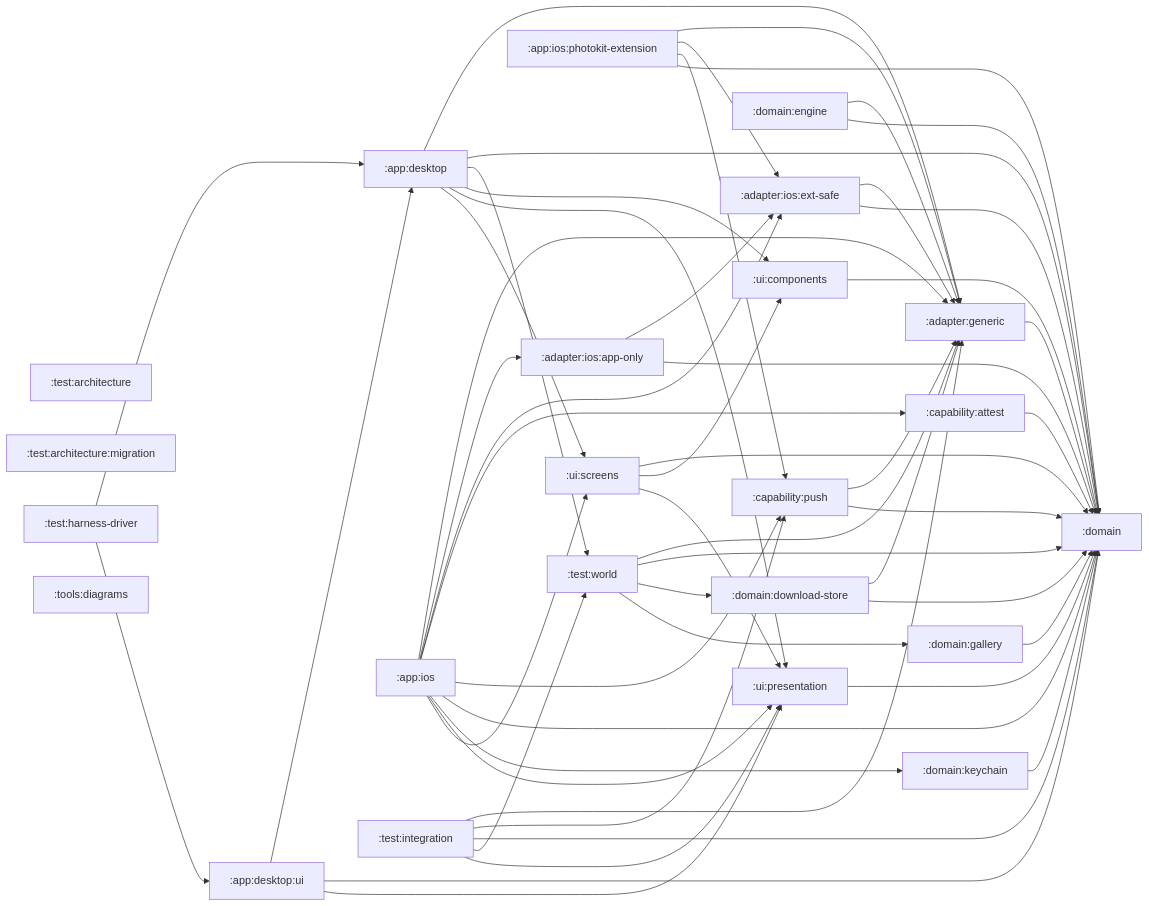
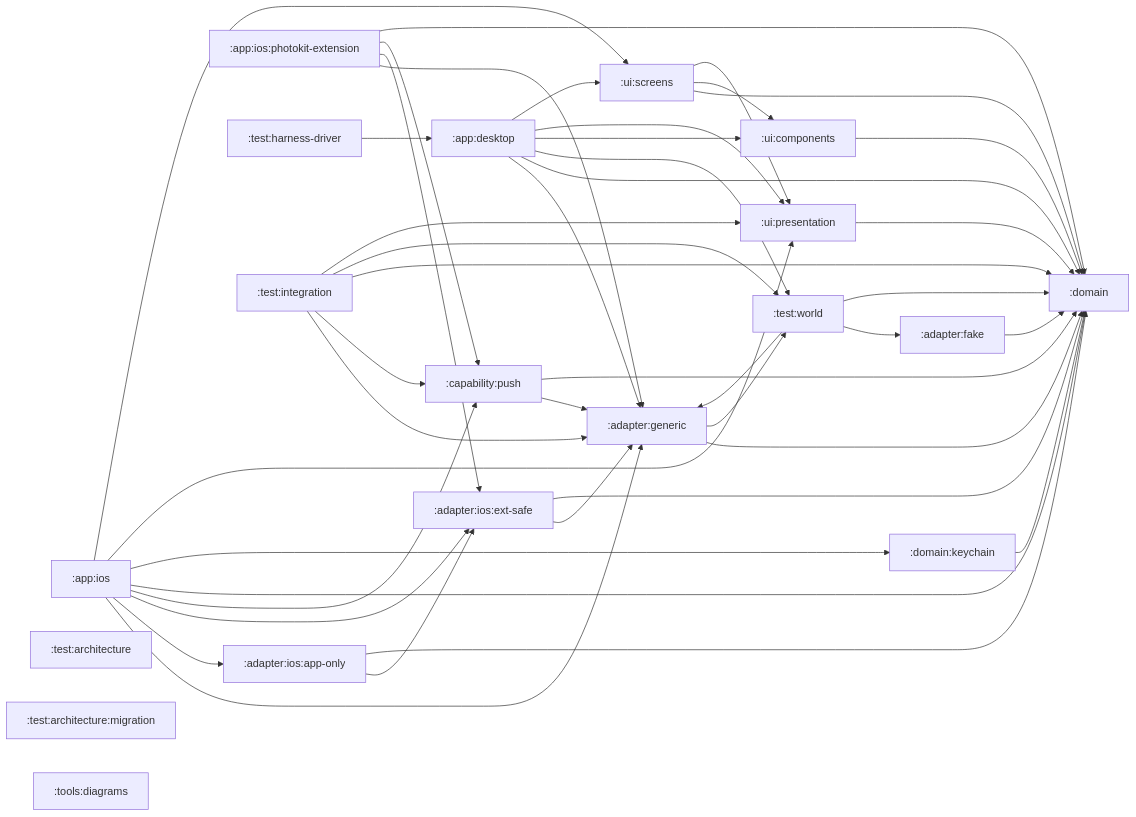
One commit to stefanhoelzl/SnapSync changed the diagram in architecture/modules.md. Above: the diagram before and after it, drawn with Mermaid. The commit also changed 99 other files, not shown here.

````diff
--- a/architecture/modules.md
+++ b/architecture/modules.md
@@ -7,78 +7,64 @@
 ```mermaid
 flowchart LR
+  adapter_fake[":adapter:fake"]
   adapter_generic[":adapter:generic"]
   adapter_ios_app_only[":adapter:ios:app-only"]
   adapter_ios_ext_safe[":adapter:ios:ext-safe"]
   app_desktop[":app:desktop"]
-  app_desktop_ui[":app:desktop:ui"]
   app_ios[":app:ios"]
   app_ios_photokit_extension[":app:ios:photokit-extension"]
-  capability_attest[":capability:attest"]
   capability_push[":capability:push"]
   domain[":domain"]
-  domain_download_store[":domain:download-store"]
-  domain_engine[":domain:engine"]
-  domain_gallery[":domain:gallery"]
   domain_keychain[":domain:keychain"]
   test_architecture[":test:architecture"]
   test_architecture_migration[":test:architecture:migration"]
   test_harness_driver[":test:harness-driver"]
   test_integration[":test:integration"]
   test_world[":test:world"]
   tools_diagrams[":tools:diagrams"]
   ui_components[":ui:components"]
   ui_presentation[":ui:presentation"]
   ui_screens[":ui:screens"]
+  adapter_fake --> domain
   adapter_generic --> domain
+  adapter_generic --> test_world
   adapter_ios_app_only --> adapter_ios_ext_safe
   adapter_ios_app_only --> domain
   adapter_ios_ext_safe --> adapter_generic
   adapter_ios_ext_safe --> domain
   app_desktop --> adapter_generic
   app_desktop --> domain
   app_desktop --> test_world
   app_desktop --> ui_components
   app_desktop --> ui_presentation
   app_desktop --> ui_screens
-  app_desktop_ui --> app_desktop
-  app_desktop_ui --> domain
-  app_desktop_ui --> ui_presentation
   app_ios --> adapter_generic
   app_ios --> adapter_ios_app_only
   app_ios --> adapter_ios_ext_safe
-  app_ios --> capability_attest
   app_ios --> capability_push
   app_ios --> domain
   app_ios --> domain_keychain
   app_ios --> ui_presentation
   app_ios --> ui_screens
   app_ios_photokit_extension --> adapter_generic
   app_ios_photokit_extension --> adapter_ios_ext_safe
   app_ios_photokit_extension --> capability_push
   app_ios_photokit_extension --> domain
-  capability_attest --> domain
   capability_push --> adapter_generic
   capability_push --> domain
-  domain_download_store --> adapter_generic
-  domain_download_store --> domain
-  domain_engine --> adapter_generic
-  domain_engine --> domain
-  domain_gallery --> domain
   domain_keychain --> domain
   test_harness_driver --> app_desktop
-  test_harness_driver --> app_desktop_ui
   test_integration --> adapter_generic
   test_integration --> capability_push
   test_integration --> domain
   test_integration --> test_world
   test_integration --> ui_presentation
+  test_world --> adapter_fake
   test_world --> adapter_generic
   test_world --> domain
-  test_world --> domain_download_store
-  test_world --> domain_gallery
   ui_components --> domain
   ui_presentation --> domain
   ui_screens --> domain
   ui_screens --> ui_components
   ui_screens --> ui_presentation
 ```
````
